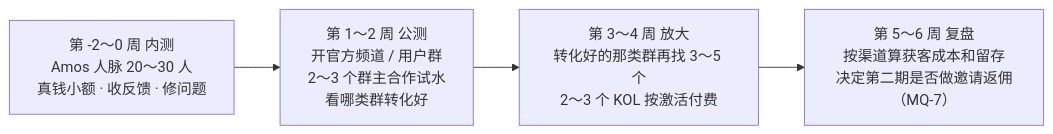
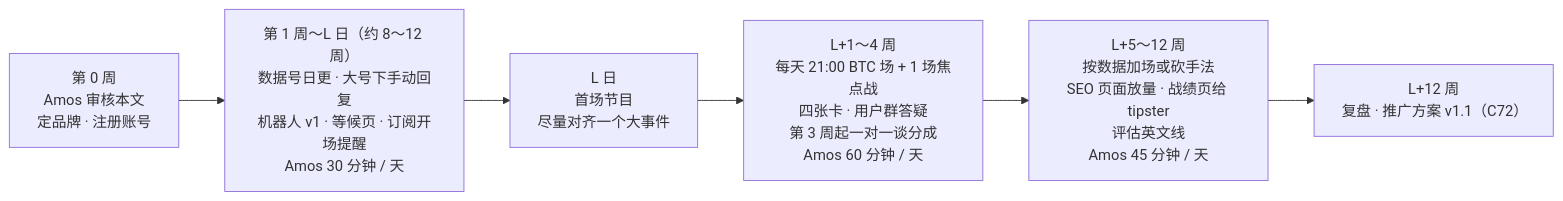
Before and after one commit to dollar3651314/forecast: the fourth of 5 diagrams in 市场/v1-市场调研与推广策略.md, drawn with Mermaid. The commit also changed other lines of this file and 5 other files, not shown here.

First line of the commit message:
市场调研与推广策略 v2.0：按 Amos 批评重写为零预算冷启动方案；项目地图 / 索引 v0.7

````diff
--- a/市场/v1-市场调研与推广策略.md
+++ b/市场/v1-市场调研与推广策略.md
@@ -260,6 +288,8 @@
 ```mermaid
 flowchart LR
-    P0["第 -2～0 周 内测<br/>Amos 人脉 20～30 人<br/>真钱小额 · 收反馈 · 修问题"] --> P1["第 1～2 周 公测<br/>开官方频道 / 用户群<br/>2～3 个群主合作试水<br/>看哪类群转化好"]
-    P1 --> P2["第 3～4 周 放大<br/>转化好的那类群再找 3～5 个<br/>2～3 个 KOL 按激活付费"]
-    P2 --> P3["第 5～6 周 复盘<br/>按渠道算获客成本和留存<br/>决定第二期是否做邀请返佣（MQ-7）"]
+    W0["第 0 周<br/>Amos 审核本文<br/>定品牌 · 注册账号"] --> P0["第 1 周～L 日（约 8～12 周）<br/>数据号日更 · 大号下手动回复<br/>机器人 v1 · 等候页 · 订阅开场提醒<br/>Amos 30 分钟 / 天"]
+    P0 --> L["L 日<br/>首场节目<br/>尽量对齐一个大事件"]
+    L --> P1["L+1～4 周<br/>每天 21:00 BTC 场 + 1 场焦点战<br/>四张卡 · 用户群答疑<br/>第 3 周起一对一谈分成<br/>Amos 60 分钟 / 天"]
+    P1 --> P2["L+5～12 周<br/>按数据加场或砍手法<br/>SEO 页面放量 · 战绩页给 tipster<br/>评估英文线<br/>Amos 45 分钟 / 天"]
+    P2 --> R["L+12 周<br/>复盘 · 推广方案 v1.1（C72）"]
 ```
````
